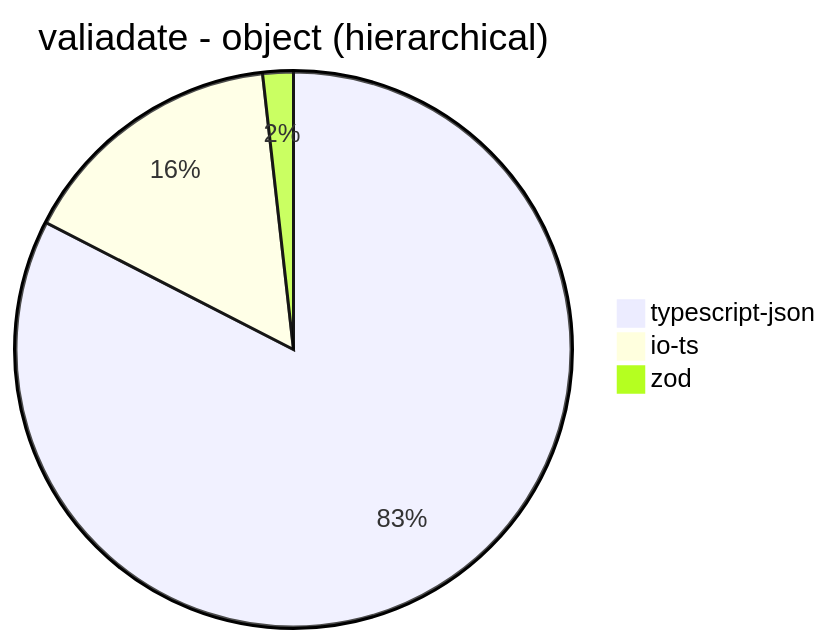
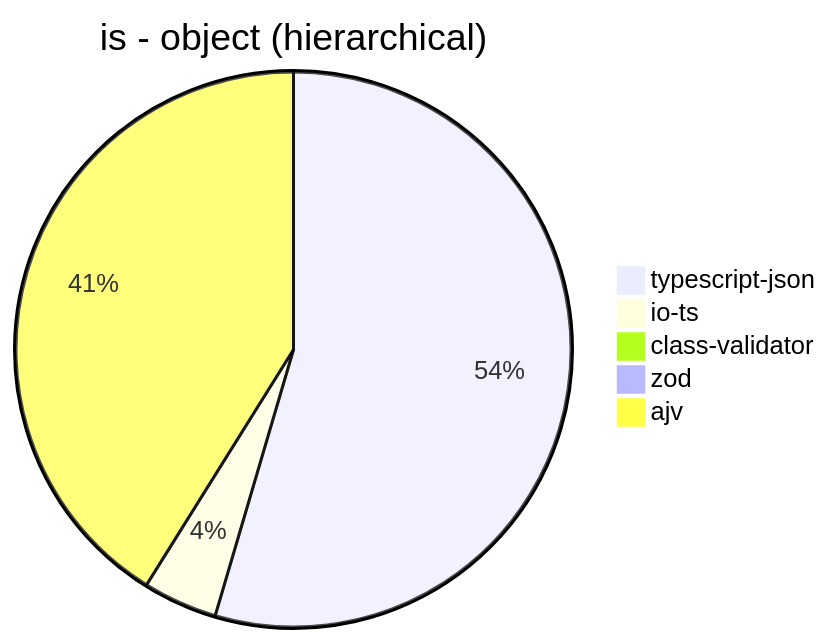
Before and after one commit to samchon/typia: the first of 40 diagrams in benchmark/results/AMD Ryzen 9 5900HX with Radeon Graphics.md, drawn with Mermaid. The commit also changed other lines of this file and 2 other files, not shown here.

````diff
--- a/benchmark/results/AMD Ryzen 9 5900HX with Radeon Graphics.md
+++ b/benchmark/results/AMD Ryzen 9 5900HX with Radeon Graphics.md
@@ -21,6 +21,8 @@
 ```mermaid
-pie title valiadate - object (hierarchical)
-  "typescript-json": 20488.044485634848
-  "io-ts": 3892.7341597796144
-  "zod": 441.8064976794002
+pie title is - object (hierarchical)
+  "typescript-json": 117550.32080659945
+  "io-ts": 9327.624309392266
+  "class-validator": 71.96210603024231
+  "zod": 422.90909090909093
+  "ajv": 88593.7037037037
 ```
````
